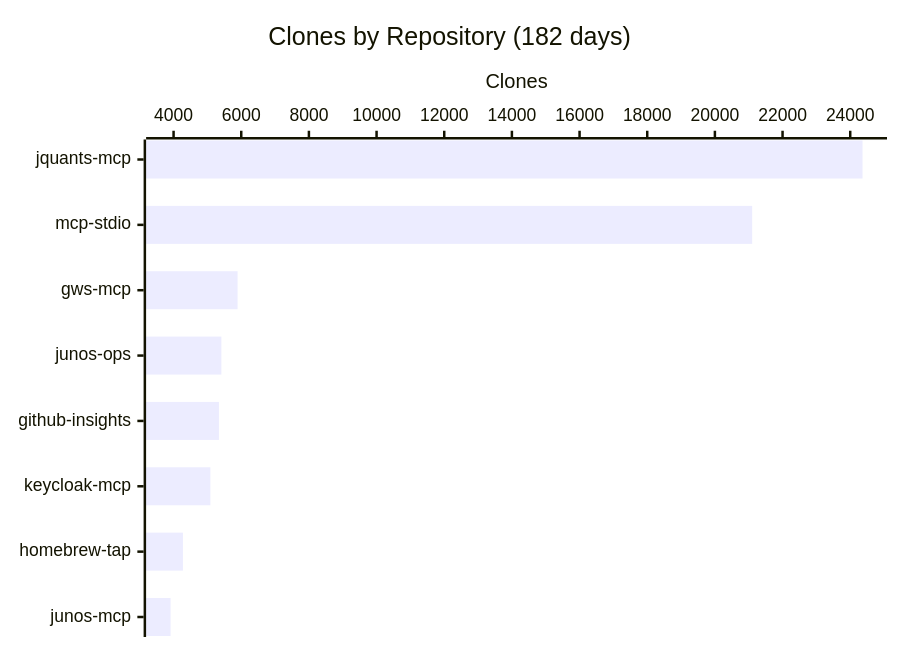
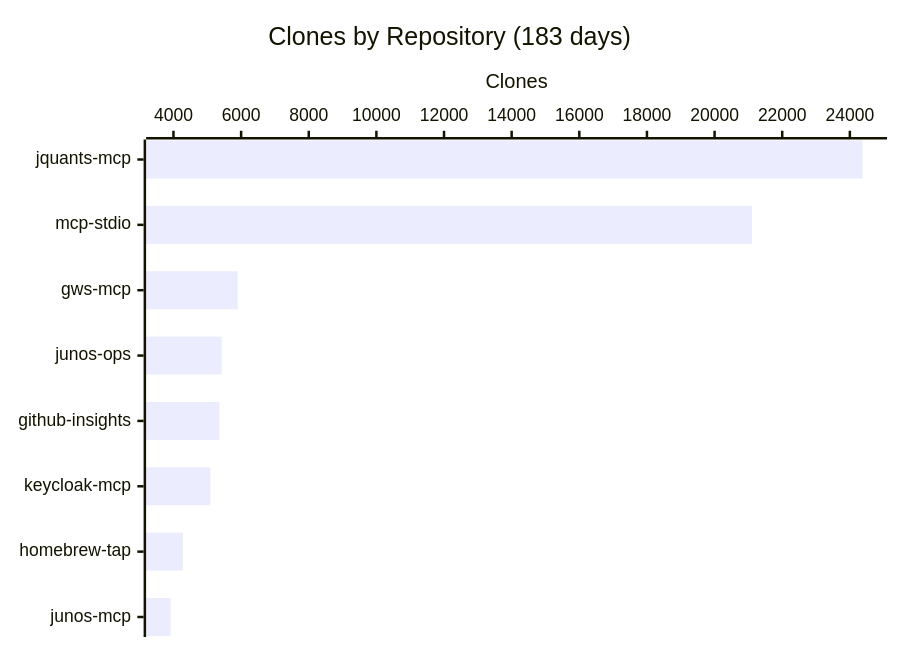
Before and after one commit to shigechika/github-insights: the fourth of 4 diagrams in README.md, drawn with Mermaid. The commit also changed other lines of this file and 2 other files, not shown here.

````diff
--- a/README.md
+++ b/README.md
@@ -58,7 +58,7 @@
 ```mermaid
 xychart-beta horizontal
-    title "Clones by Repository (182 days)"
+    title "Clones by Repository (183 days)"
     x-axis ["jquants-mcp", "mcp-stdio", "gws-mcp", "junos-ops", "github-insights", "keycloak-mcp", "homebrew-tap", "junos-mcp"]
     y-axis "Clones"
-    bar [24364, 21102, 5892, 5413, 5341, 5088, 4276, 3911]
+    bar [24375, 21106, 5896, 5426, 5361, 5091, 4278, 3914]
 ```
````
